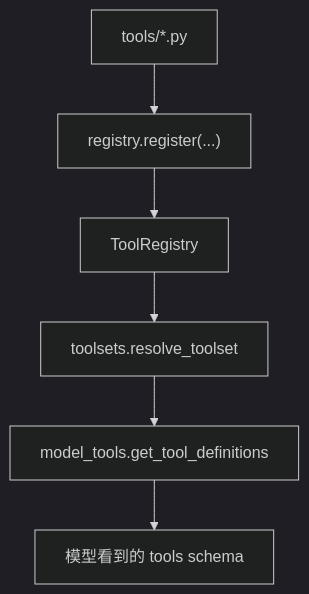
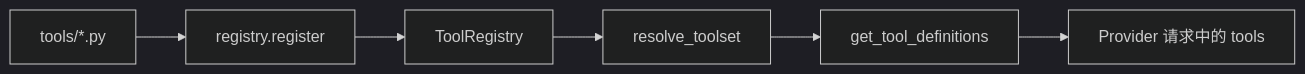
One commit to teachershuang/Hermes-learn changed the second of 3 diagrams in docs/stage-0/00-全局架构地图.md. Above: the diagram before and after it, drawn with Mermaid (dark theme). The commit also changed other lines of this file and 22 other files, not shown here.

````diff
--- a/docs/stage-0/00-全局架构地图.md
+++ b/docs/stage-0/00-全局架构地图.md
@@ -175,8 +118,8 @@
 ```mermaid
-flowchart TD
-    ToolFile["tools/*.py"] --> Register["registry.register(...)"]
+flowchart LR
+    ToolFile["tools/*.py"] --> Register["registry.register"]
     Register --> Registry["ToolRegistry"]
-    Registry --> Toolsets["toolsets.resolve_toolset"]
-    Toolsets --> Definitions["model_tools.get_tool_definitions"]
-    Definitions --> Model["模型看到的 tools schema"]
+    Registry --> Toolsets["resolve_toolset"]
+    Toolsets --> Definitions["get_tool_definitions"]
+    Definitions --> Model["Provider 请求中的 tools"]
 ```
````
